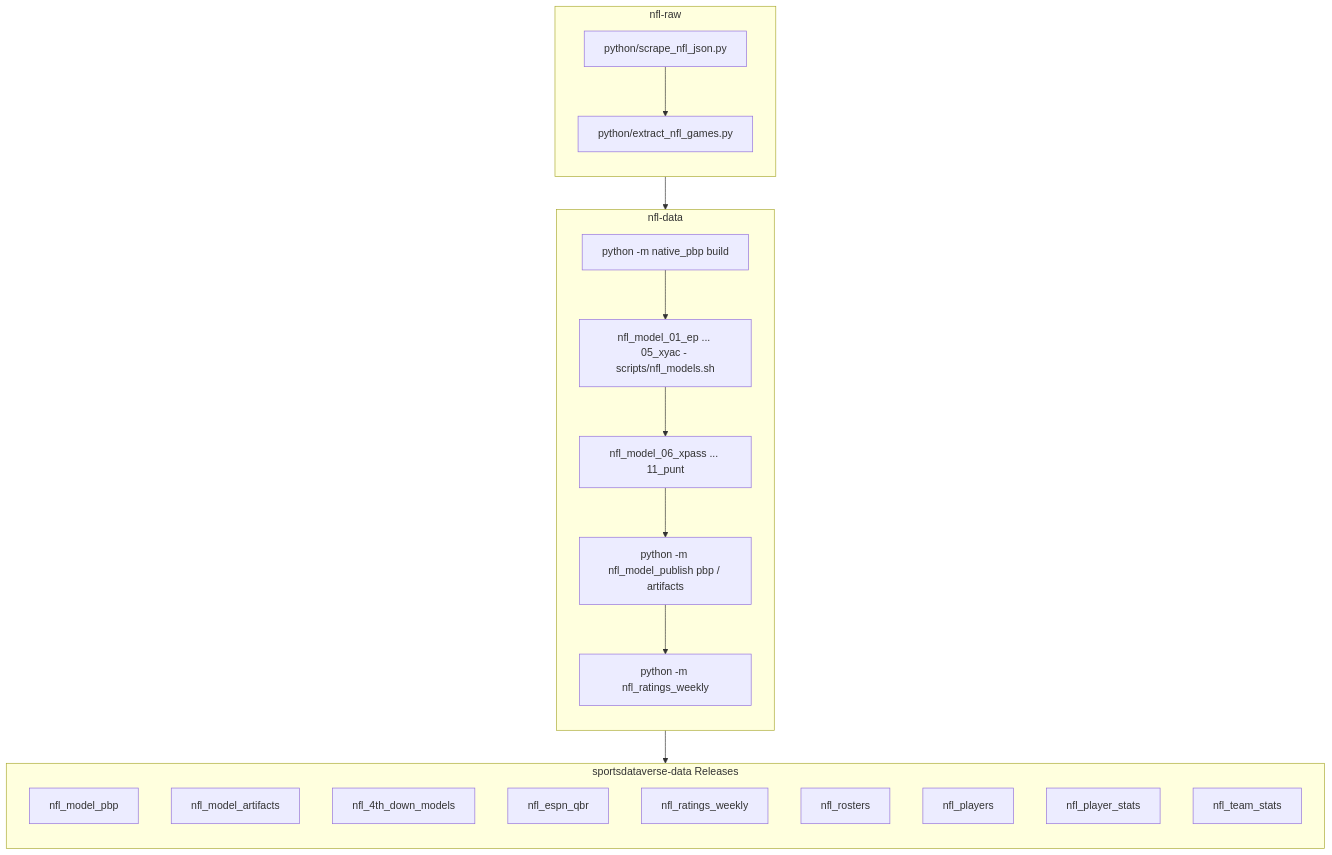
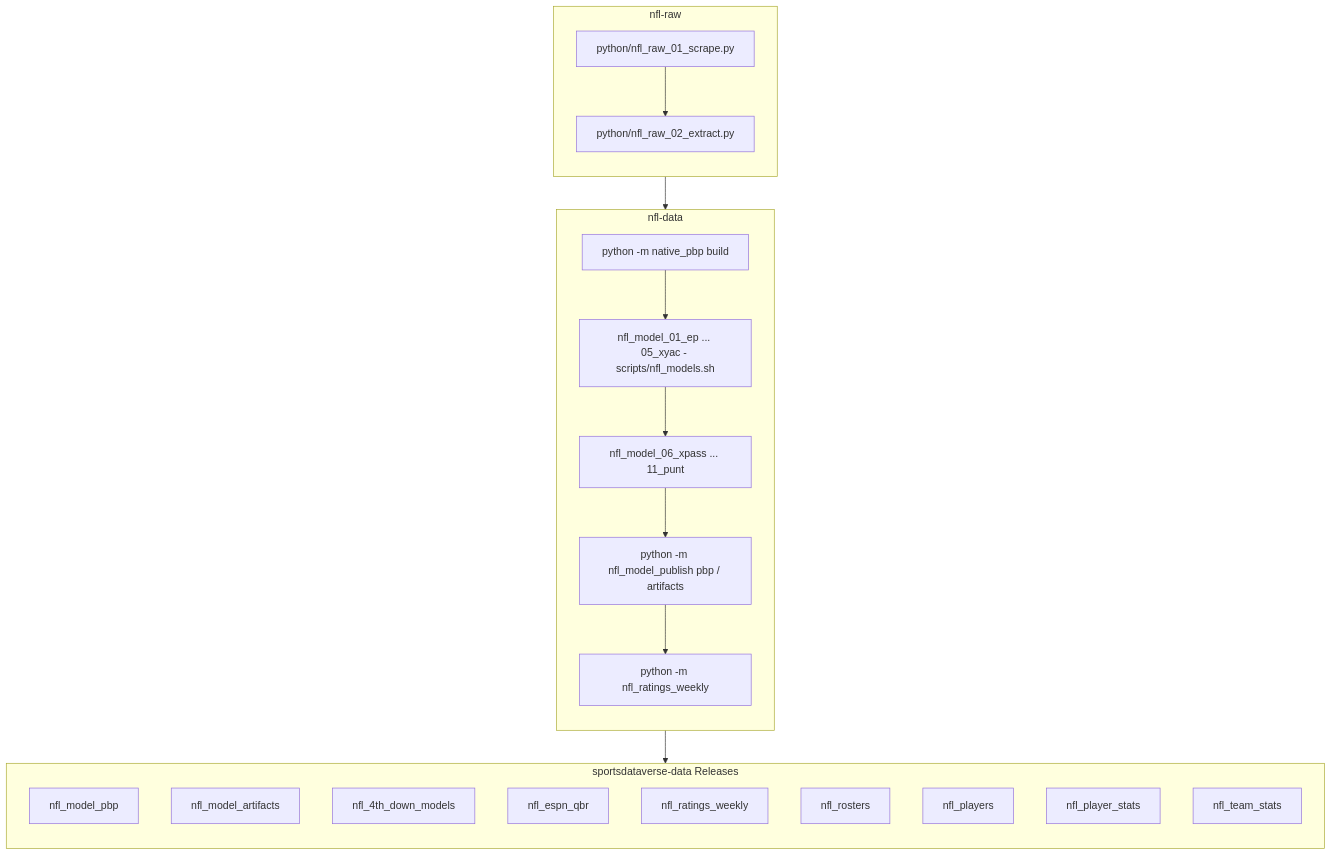
The second of 2 diagrams in README.md (sportsdataverse/nfl-data), drawn with Mermaid before and after one commit. The commit also changed other lines of this file, not shown here.

Commit message:
docs(readme): consumers (R/py packages + docs sites), stage inventory, diagram currency

````diff
--- a/README.md
+++ b/README.md
@@ -30,31 +30,31 @@
 ```mermaid
 flowchart TB;
     subgraph A[nfl-raw];
         direction TB;
-        A0[python/scrape_nfl_json.py]-->A1[python/extract_nfl_games.py];
+        A0[python/nfl_raw_01_scrape.py]-->A1[python/nfl_raw_02_extract.py];
     end;
 
     subgraph B[nfl-data];
         direction TB;
         B0[python -m native_pbp build]-->B1[nfl_model_01_ep ... 05_xyac - scripts/nfl_models.sh];
         B1[nfl_model_01_ep ... 05_xyac - scripts/nfl_models.sh]-->B2[nfl_model_06_xpass ... 11_punt];
         B2[nfl_model_06_xpass ... 11_punt]-->B3[python -m nfl_model_publish pbp / artifacts];
         B3[python -m nfl_model_publish pbp / artifacts]-->B4[python -m nfl_ratings_weekly];
     end;
 
     subgraph C[sportsdataverse-data Releases];
         direction TB;
         C1[nfl_model_pbp];
         C2[nfl_model_artifacts];
         C3[nfl_4th_down_models];
         C4[nfl_espn_qbr];
         C5[nfl_ratings_weekly];
         C6[nfl_rosters];
         C7[nfl_players];
         C8[nfl_player_stats];
         C9[nfl_team_stats];
     end;
 
     A-->B;
     B-->C;
 ```
````
